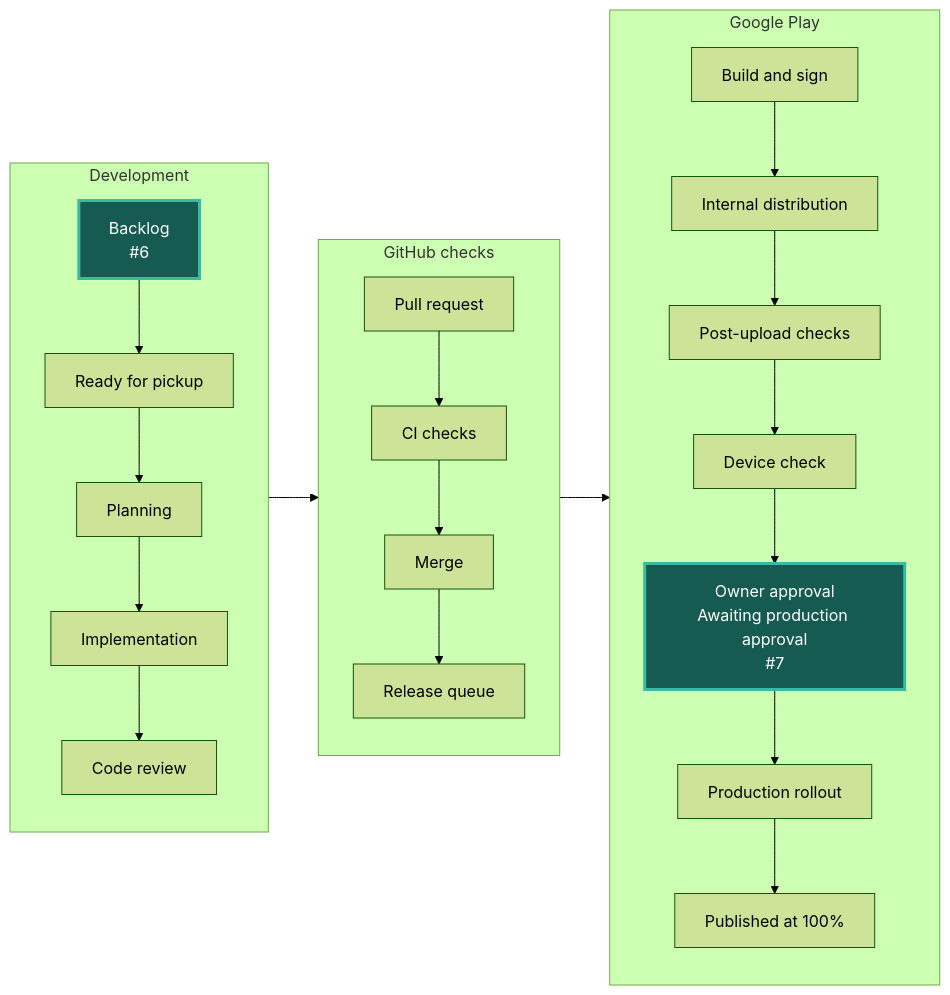
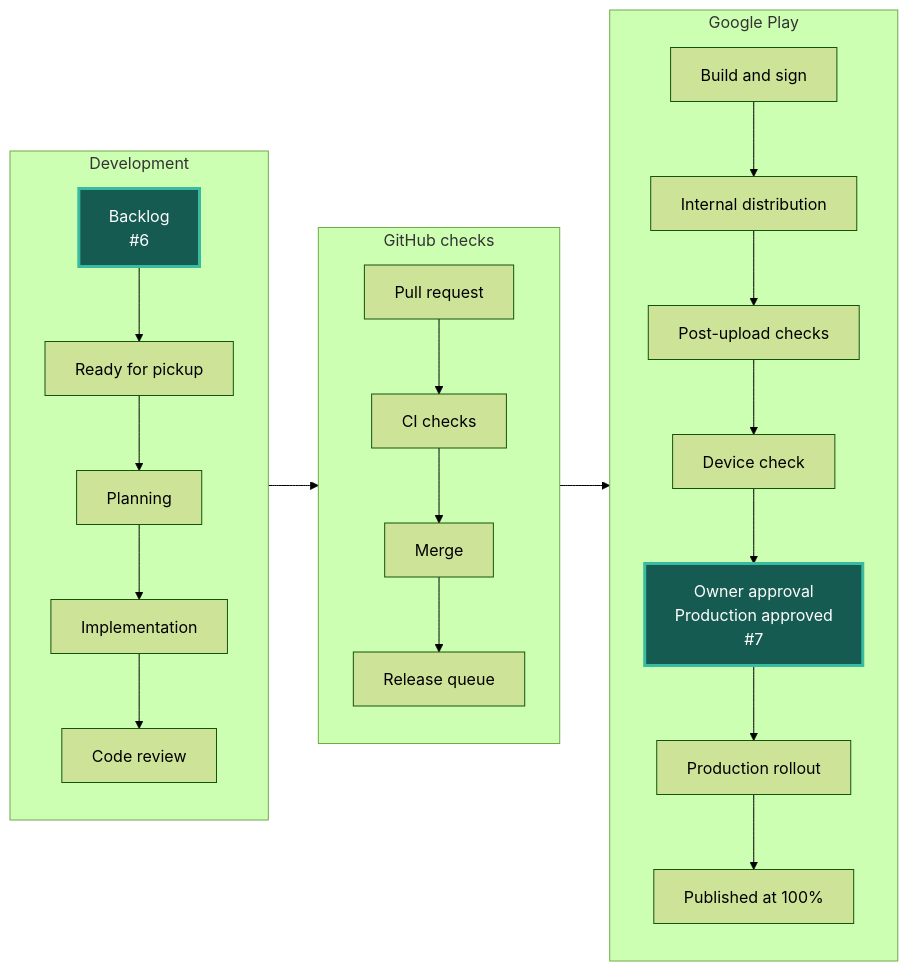
The diagram in STATUS.md (Oziomajnr/ChessTournamentManager), drawn with Mermaid (forest theme) before and after one commit. The commit also changed other lines of this file and 1 other file, not shown here.

Commit message:
Refresh issue delivery graph

````diff
--- a/STATUS.md
+++ b/STATUS.md
@@ -5,35 +5,35 @@
 ```mermaid
 flowchart LR
     accTitle: Current issue positions in the delivery workflow
     accDescr: Development flows into GitHub checks and Google Play. Each issue number appears at its current step.
     subgraph development["Development"]
         direction TB
         backlog["Backlog<br/>#6"]:::occupied
         ready["Ready for pickup"]
         plan["Planning"]
         code["Implementation"]
         review["Code review"]
         backlog --> ready --> plan --> code --> review
     end
     subgraph integration["GitHub checks"]
         direction TB
         pull["Pull request"]
         ci["CI checks"]
         merge["Merge"]
         queue["Release queue"]
         pull --> ci --> merge --> queue
     end
     subgraph distribution["Google Play"]
         direction TB
         build["Build and sign"]
         internal["Internal distribution"]
         reports["Post-upload checks"]
         device["Device check"]
-        approval["Owner approval<br/>Awaiting production approval<br/>#7"]:::occupied
+        approval["Owner approval<br/>Production approved<br/>#7"]:::occupied
         rollout["Production rollout"]
         published["Published at 100%"]
         build --> internal --> reports --> device --> approval --> rollout --> published
     end
     development --> integration --> distribution
     classDef occupied fill:#165b51,color:#ffffff,stroke:#38bba0,stroke-width:3px
 ```
````
